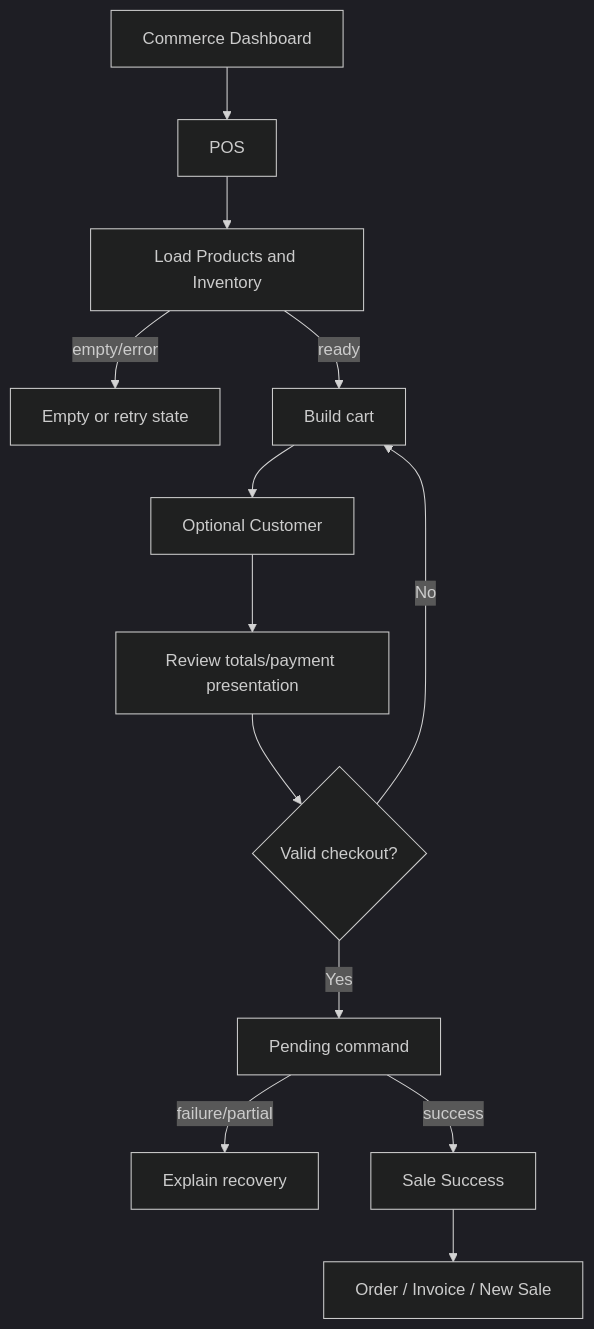
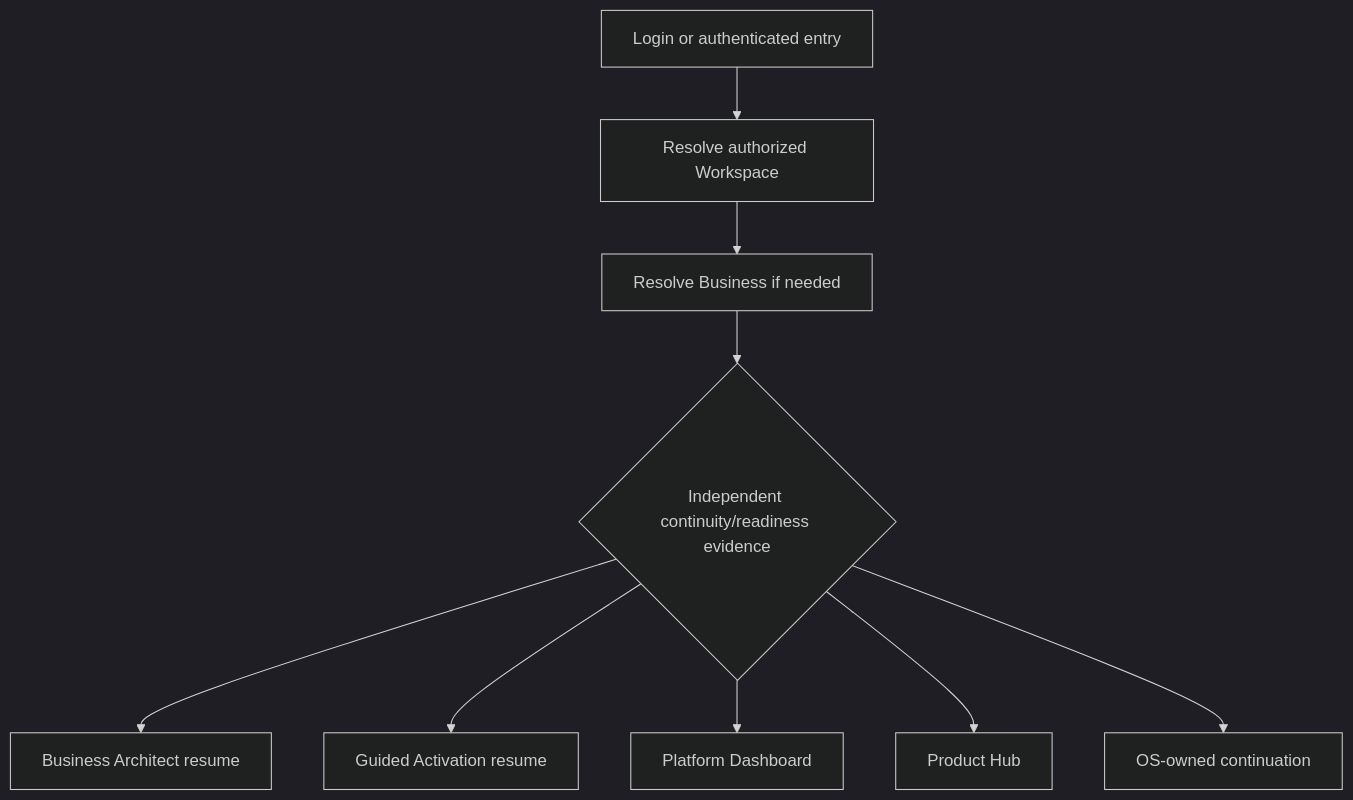
The eighth of 10 diagrams in docs/03-ui-ux/06-USER-FLOWS.md (Mustafa-1993-commits/nexoraxs-v3), drawn with Mermaid (dark theme) before and after one commit. The commit also changed other lines of this file and 23 other files, not shown here.

````diff
--- a/docs/03-ui-ux/06-USER-FLOWS.md
+++ b/docs/03-ui-ux/06-USER-FLOWS.md
@@ -439,15 +236,11 @@
 ```mermaid
 flowchart TD
-    A[Commerce Dashboard] --> B[POS]
-    B --> C[Load Products and Inventory]
-    C -->|empty/error| D[Empty or retry state]
-    C -->|ready| E[Build cart]
-    E --> F[Optional Customer]
-    F --> G[Review totals/payment presentation]
-    G --> H{Valid checkout?}
-    H -->|No| E
-    H -->|Yes| I[Pending command]
-    I -->|failure/partial| J[Explain recovery]
-    I -->|success| K[Sale Success]
-    K --> L[Order / Invoice / New Sale]
+  A[Login or authenticated entry] --> B[Resolve authorized Workspace]
+  B --> C[Resolve Business if needed]
+  C --> D{Independent continuity/readiness evidence}
+  D --> E[Business Architect resume]
+  D --> F[Guided Activation resume]
+  D --> G[Platform Dashboard]
+  D --> H[Product Hub]
+  D --> I[OS-owned continuation]
 ```
````
